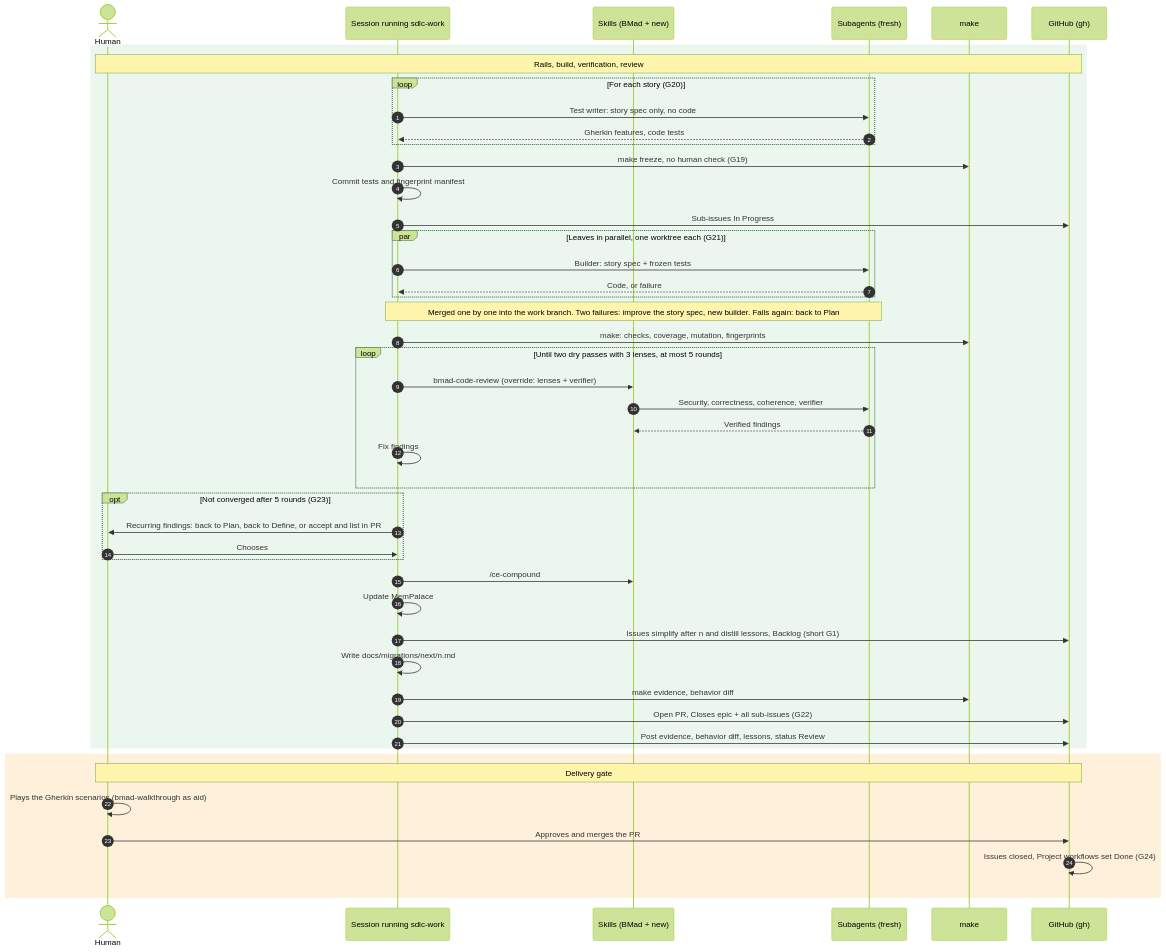
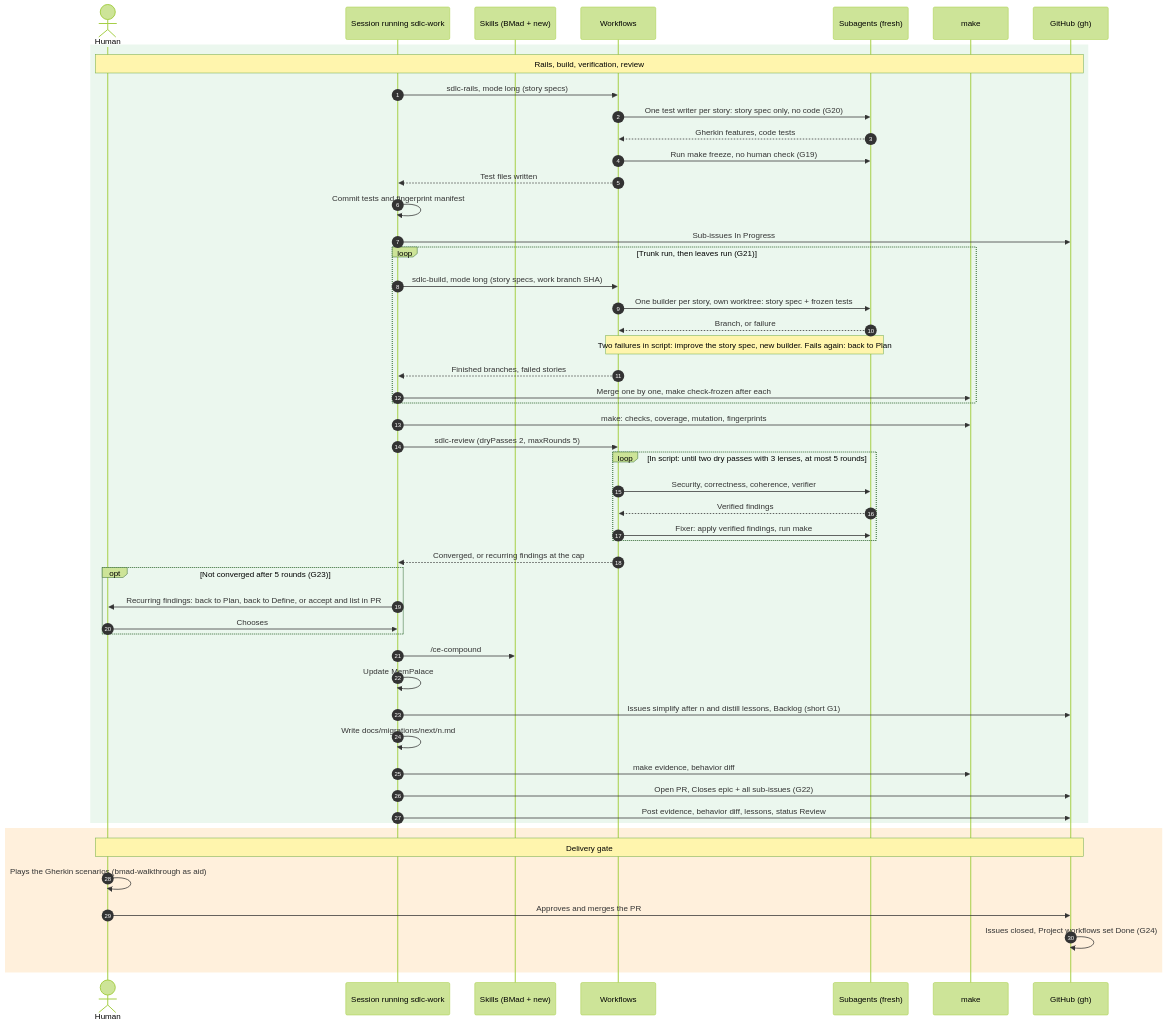
The fourth of 4 diagrams in _bmad-output/brainstorming/brainstorm-sdlc-local-workflow-2026-10-16/sequence-long-process.md (mathieubodin/scaleway-manager), drawn with Mermaid (forest theme) before and after one commit. The commit also changed other lines of this file and 3 other files, not shown here.

````diff
--- a/_bmad-output/brainstorming/brainstorm-sdlc-local-workflow-2026-10-16/sequence-long-process.md
+++ b/_bmad-output/brainstorming/brainstorm-sdlc-local-workflow-2026-10-16/sequence-long-process.md
@@ -165,51 +173,56 @@
 ```mermaid
 sequenceDiagram
     autonumber
     actor H as Human
     participant W as Session running sdlc-work
     participant K as Skills (BMad + new)
+    participant F as Workflows
     participant A as Subagents (fresh)
     participant T as make
     participant G as GitHub (gh)
 
     rect rgba(120, 200, 140, 0.15)
     Note over H,G: Rails, build, verification, review
-    loop For each story (G20)
-        W->>A: Test writer: story spec only, no code
-        A-->>W: Gherkin features, code tests
-    end
-    W->>T: make freeze, no human check (G19)
+    W->>F: sdlc-rails, mode long (story specs)
+    F->>A: One test writer per story: story spec only, no code (G20)
+    A-->>F: Gherkin features, code tests
+    F->>A: Run make freeze, no human check (G19)
+    F-->>W: Test files written
     W->>W: Commit tests and fingerprint manifest
     W->>G: Sub-issues In Progress
-    par Leaves in parallel, one worktree each (G21)
-        W->>A: Builder: story spec + frozen tests
-        A-->>W: Code, or failure
+    loop Trunk run, then leaves run (G21)
+        W->>F: sdlc-build, mode long (story specs, work branch SHA)
+        F->>A: One builder per story, own worktree: story spec + frozen tests
+        A-->>F: Branch, or failure
+        Note over F,A: Two failures in script: improve the story spec, new builder. Fails again: back to Plan
+        F-->>W: Finished branches, failed stories
+        W->>T: Merge one by one, make check-frozen after each
     end
-    Note over W,A: Merged one by one into the work branch. Two failures: improve the story spec, new builder. Fails again: back to Plan
     W->>T: make: checks, coverage, mutation, fingerprints
-    loop Until two dry passes with 3 lenses, at most 5 rounds
-        W->>K: bmad-code-review (override: lenses + verifier)
-        K->>A: Security, correctness, coherence, verifier
-        A-->>K: Verified findings
-        W->>W: Fix findings
+    W->>F: sdlc-review (dryPasses 2, maxRounds 5)
+    loop In script: until two dry passes with 3 lenses, at most 5 rounds
+        F->>A: Security, correctness, coherence, verifier
+        A-->>F: Verified findings
+        F->>A: Fixer: apply verified findings, run make
     end
+    F-->>W: Converged, or recurring findings at the cap
     opt Not converged after 5 rounds (G23)
         W->>H: Recurring findings: back to Plan, back to Define, or accept and list in PR
         H->>W: Chooses
     end
     W->>K: /ce-compound
     W->>W: Update MemPalace
     W->>G: Issues simplify after n and distill lessons, Backlog (short G1)
     W->>W: Write docs/migrations/next/n.md
     W->>T: make evidence, behavior diff
     W->>G: Open PR, Closes epic + all sub-issues (G22)
     W->>G: Post evidence, behavior diff, lessons, status Review
     end
 
     rect rgba(255, 180, 80, 0.2)
     Note over H,G: Delivery gate
     H->>H: Plays the Gherkin scenarios (bmad-walkthrough as aid)
     H->>G: Approves and merges the PR
     G->>G: Issues closed, Project workflows set Done (G24)
     end
 ```
````
